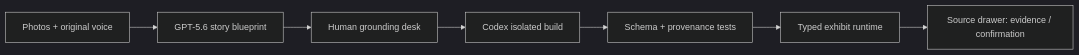
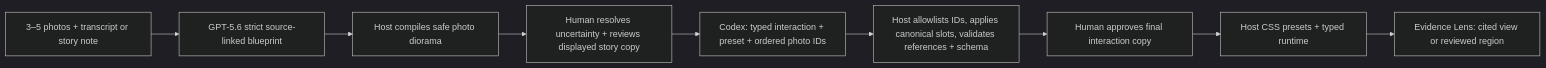
One commit to gn00295120/keepscape changed the diagram in README.md. Above: the diagram before and after it, drawn with Mermaid (dark theme). The commit also changed other lines of this file and 46 other files, not shown here.

````diff
--- a/README.md
+++ b/README.md
@@ -112,9 +135,11 @@
 ```mermaid
 flowchart LR
-  A[Photos + original voice] --> B[GPT-5.6 story blueprint]
-  B --> C[Human grounding desk]
-  C --> D[Codex isolated build]
-  D --> E[Schema + provenance tests]
-  E --> F[Typed exhibit runtime]
-  F --> G[Source drawer: evidence / confirmation]
+  A[3–5 photos + transcript or story note] --> B[GPT-5.6 strict source-linked blueprint]
+  B --> C[Host compiles safe photo diorama]
+  C --> D[Human resolves uncertainty + reviews displayed story copy]
+  D --> E[Codex: typed interaction + preset + ordered photo IDs]
+  E --> F[Host allowlists IDs, applies canonical slots, validates references + schema]
+  F --> G[Human approves final interaction copy]
+  G --> H[Host CSS presets + typed runtime]
+  H --> I[Evidence Lens: cited view or reviewed region]
 ```
````
